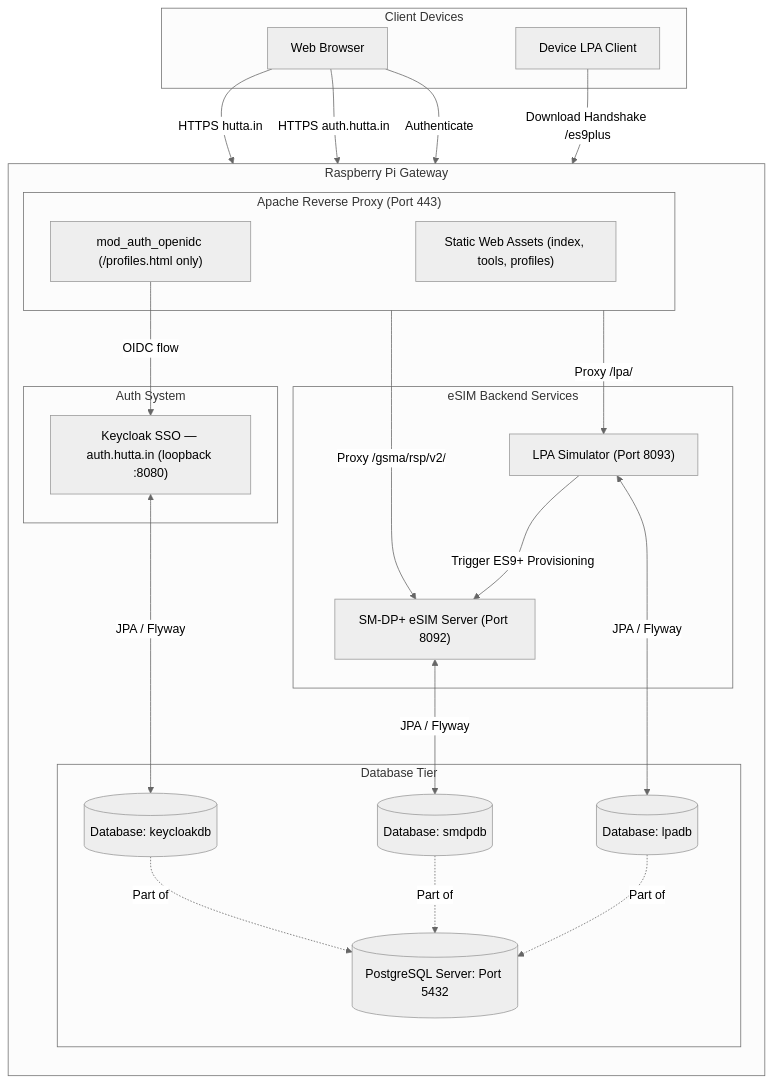
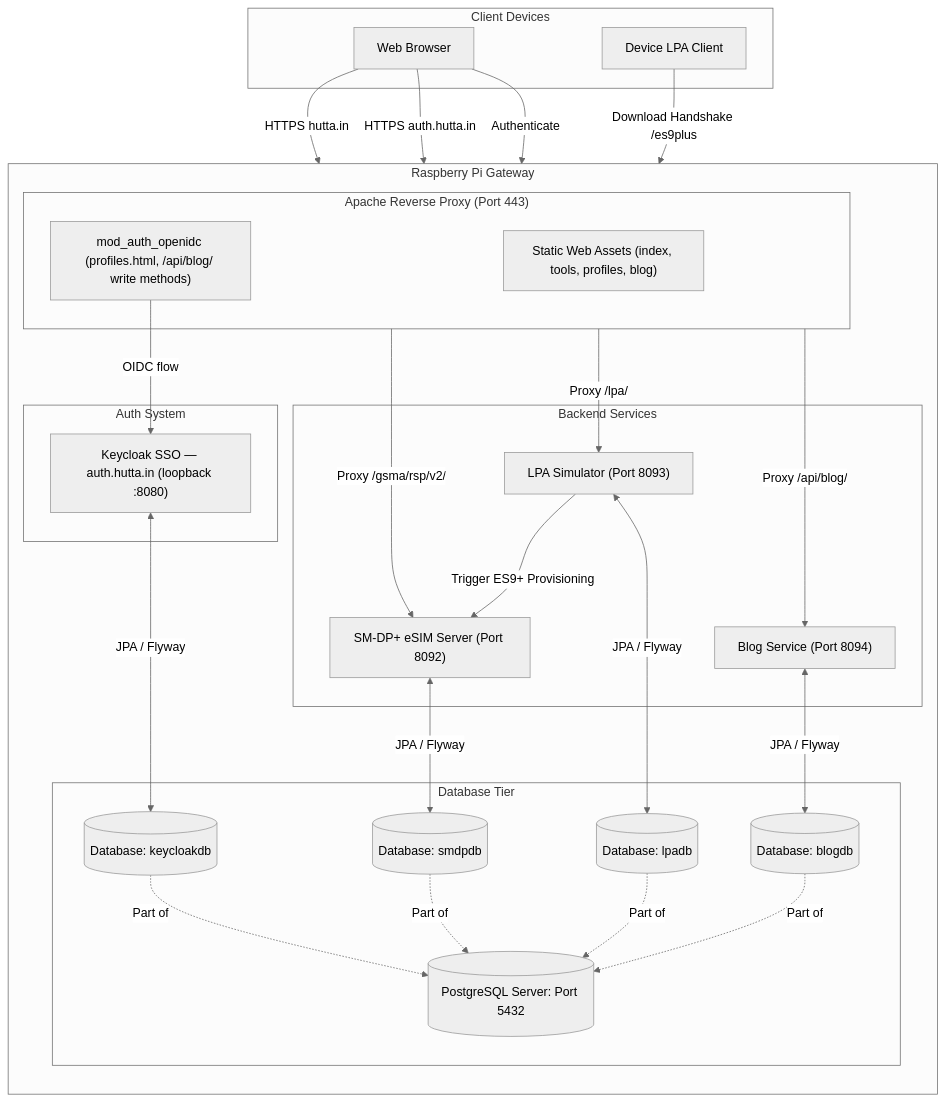
Before and after one commit to muku3011/website: the third of 3 diagrams in README.md, drawn with Mermaid (neutral theme). The commit also changed other lines of this file and 2 other files, not shown here.

Commit message:
docs: Update architecture diagrams and add blog-service to README files

````diff
--- a/README.md
+++ b/README.md
@@ -72,53 +72,58 @@
 ```mermaid
 flowchart TD
     subgraph Client ["Client Devices"]
         Browser["Web Browser"]
         LPA_Client["Device LPA Client"]
     end
 
     subgraph RPi ["Raspberry Pi Gateway"]
         direction TB
         subgraph Proxy ["Apache Reverse Proxy (Port 443)"]
-            Static["Static Web Assets (index, tools, profiles)"]
-            OIDC["mod_auth_openidc (/profiles.html only)"]
+            Static["Static Web Assets (index, tools, profiles, blog)"]
+            OIDC["mod_auth_openidc (profiles.html, /api/blog/ write methods)"]
         end
 
         subgraph Auth ["Auth System"]
             Keycloak["Keycloak SSO — auth.hutta.in (loopback :8080)"]
         end
 
-        subgraph Backend ["eSIM Backend Services"]
+        subgraph Backend ["Backend Services"]
             SMDP["SM-DP+ eSIM Server (Port 8092)"]
             LPA_Sim["LPA Simulator (Port 8093)"]
+            BlogService["Blog Service (Port 8094)"]
         end
 
         subgraph DB ["Database Tier"]
             PostgreSQL[(PostgreSQL Server: Port 5432)]
             smdpdb[(Database: smdpdb)]
             lpadb[(Database: lpadb)]
             keycloakdb[(Database: keycloakdb)]
+            blogdb[(Database: blogdb)]
         end
     end
 
     %% Client Access
     Browser -->|HTTPS hutta.in| Static
     Browser -->|HTTPS auth.hutta.in| Keycloak
     Browser -->|Authenticate| OIDC
     LPA_Client -->|Download Handshake /es9plus| SMDP
 
     %% Proxy Routing
     OIDC -->|OIDC flow| Keycloak
     Proxy -->|Proxy /gsma/rsp/v2/| SMDP
     Proxy -->|Proxy /lpa/| LPA_Sim
+    Proxy -->|Proxy /api/blog/| BlogService
 
     %% Authentication
     Keycloak <-->|JPA / Flyway| keycloakdb
 
     %% eSIM provisioning & database
     LPA_Sim -->|Trigger ES9+ Provisioning| SMDP
     SMDP <-->|JPA / Flyway| smdpdb
     LPA_Sim <-->|JPA / Flyway| lpadb
+    BlogService <-->|JPA / Flyway| blogdb
     smdpdb -.->|Part of| PostgreSQL
     lpadb -.->|Part of| PostgreSQL
     keycloakdb -.->|Part of| PostgreSQL
+    blogdb -.->|Part of| PostgreSQL
 ```
````
